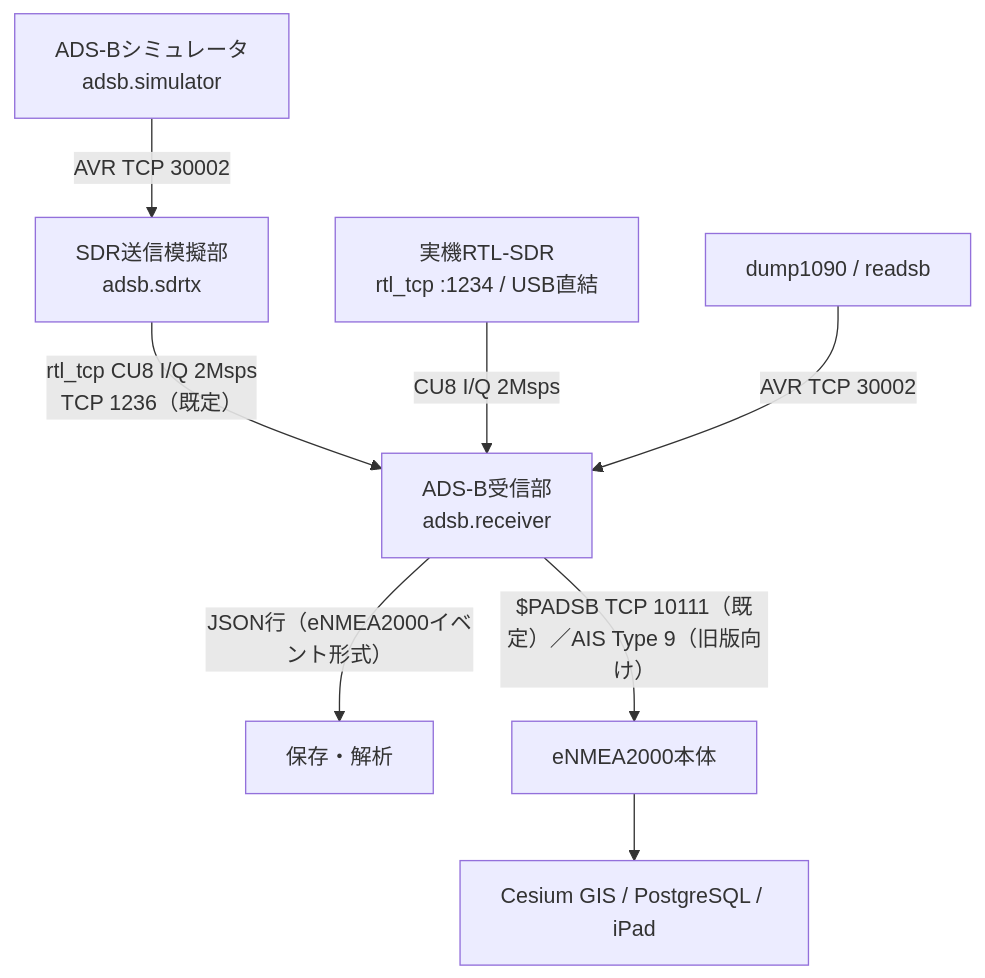
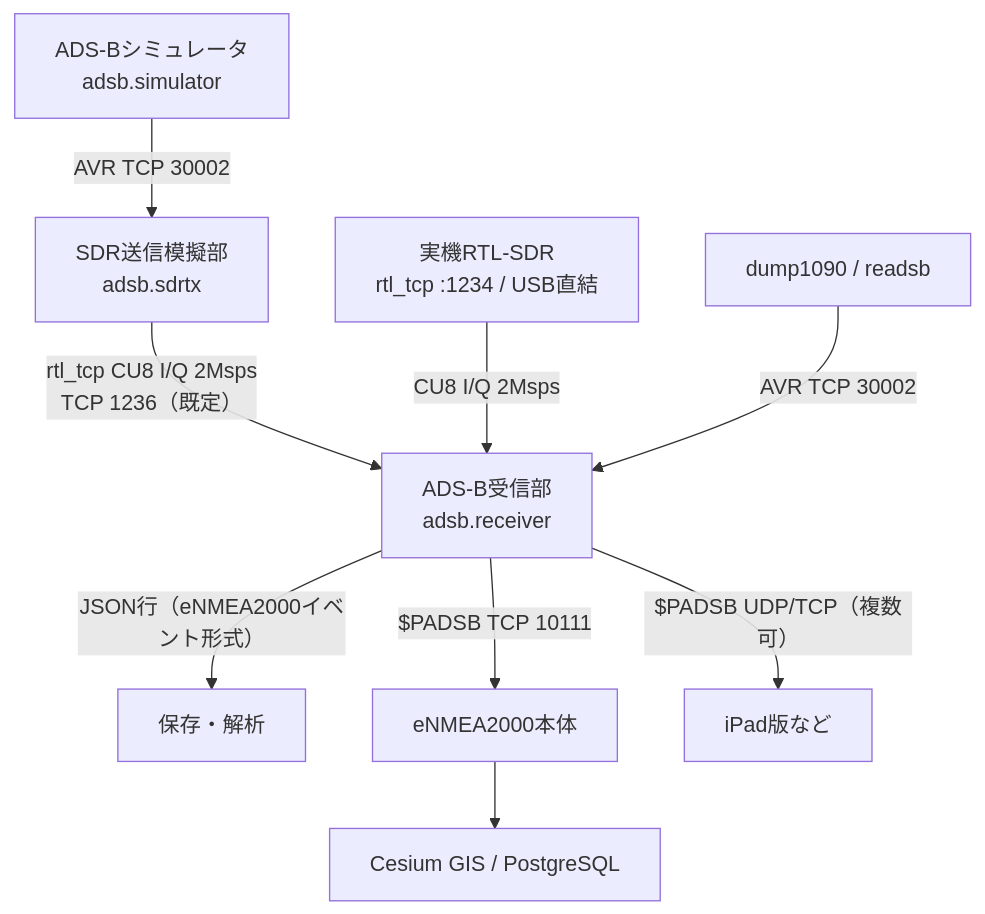
One commit to UeEmon/eADS-B2000 changed the diagram in docs/ADSB_DESIGN.md. Above: the diagram before and after it, drawn with Mermaid. The commit also changed other lines of this file and 9 other files, not shown here.

First line of the commit message:
Keep ADS-B separate from AIS: drop the Type 9 bridge

````diff
--- a/docs/ADSB_DESIGN.md
+++ b/docs/ADSB_DESIGN.md
@@ -29,10 +29,11 @@
 ```mermaid
 flowchart TD
  S["ADS-Bシミュレータ<br/>adsb.simulator"] -->|AVR TCP 30002| T["SDR送信模擬部<br/>adsb.sdrtx"]
  T -->|rtl_tcp CU8 I/Q 2Msps<br/>TCP 1236（既定）| R["ADS-B受信部<br/>adsb.receiver"]
  U["実機RTL-SDR<br/>rtl_tcp :1234 / USB直結"] -->|CU8 I/Q 2Msps| R
  D["dump1090 / readsb"] -->|AVR TCP 30002| R
  R -->|JSON行（eNMEA2000イベント形式）| J["保存・解析"]
- R -->|$PADSB TCP 10111（既定）／AIS Type 9（旧版向け）| A["eNMEA2000本体"]
- A --> G["Cesium GIS / PostgreSQL / iPad"]
+ R -->|$PADSB TCP 10111| A["eNMEA2000本体"]
+ R -->|$PADSB UDP/TCP（複数可）| I["iPad版など"]
+ A --> G["Cesium GIS / PostgreSQL"]
 ```
````
